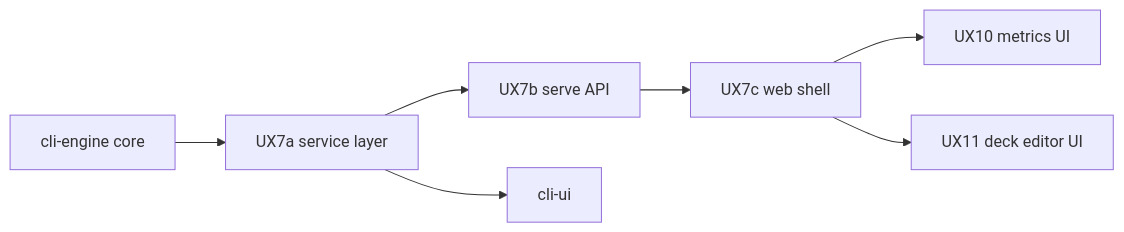
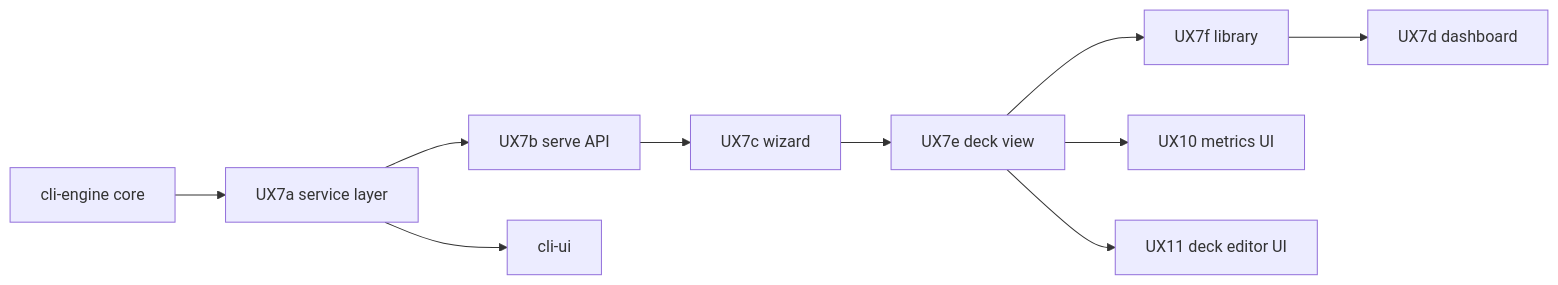
Before and after one commit to danielhood/mtg-deck-tools: the diagram in docs/roadmap/active.md, drawn with Mermaid. The commit also changed other lines of this file and 12 other files, not shown here.

````diff
--- a/docs/roadmap/active.md
+++ b/docs/roadmap/active.md
@@ -32,17 +32,23 @@
 ```mermaid
 flowchart LR
   UX7a[UX7a service layer]
   UX7b[UX7b serve API]
-  UX7c[UX7c web shell]
+  UX7c[UX7c wizard]
+  UX7e[UX7e deck view]
+  UX7f[UX7f library]
+  UX7d[UX7d dashboard]
   CORE[cli-engine core]
   CLI[cli-ui]
   UX10[UX10 metrics UI]
   UX11[UX11 deck editor UI]
 
   CORE --> UX7a
   UX7a --> UX7b
   UX7a --> CLI
   UX7b --> UX7c
-  UX7c --> UX10
-  UX7c --> UX11
+  UX7c --> UX7e
+  UX7e --> UX7f
+  UX7f --> UX7d
+  UX7e --> UX10
+  UX7e --> UX11
 ```
````
